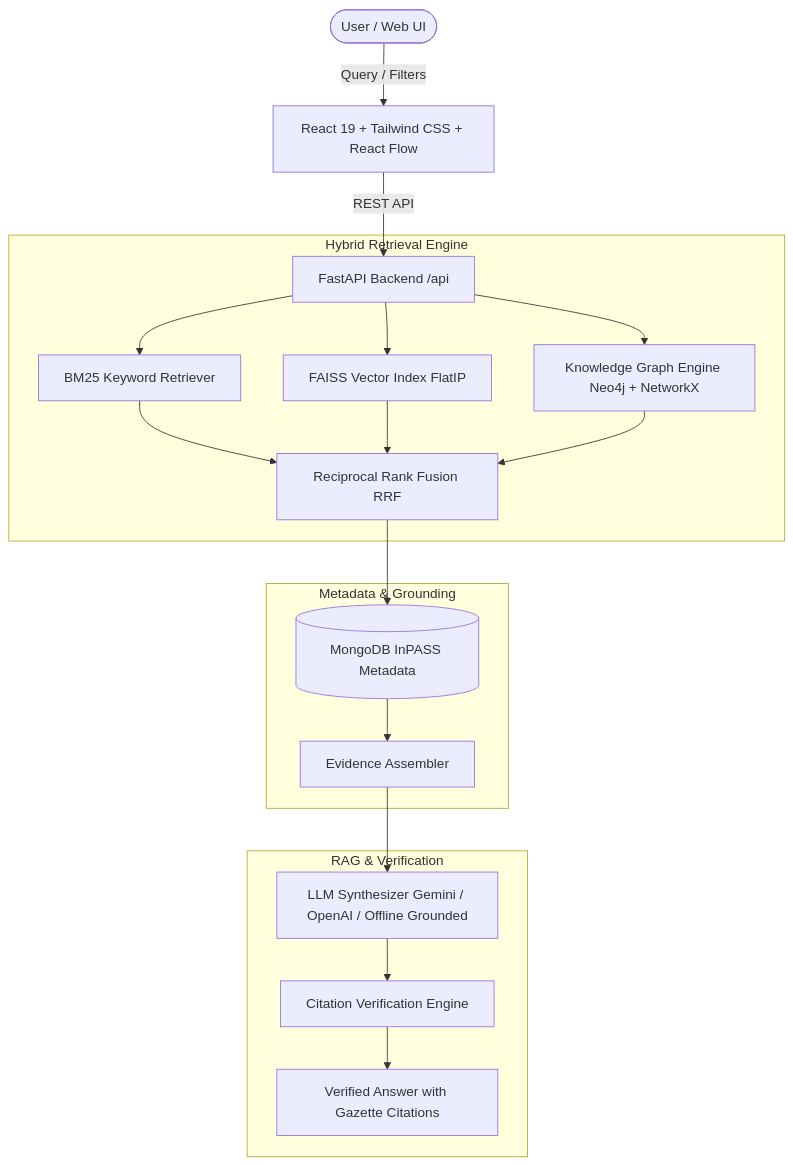
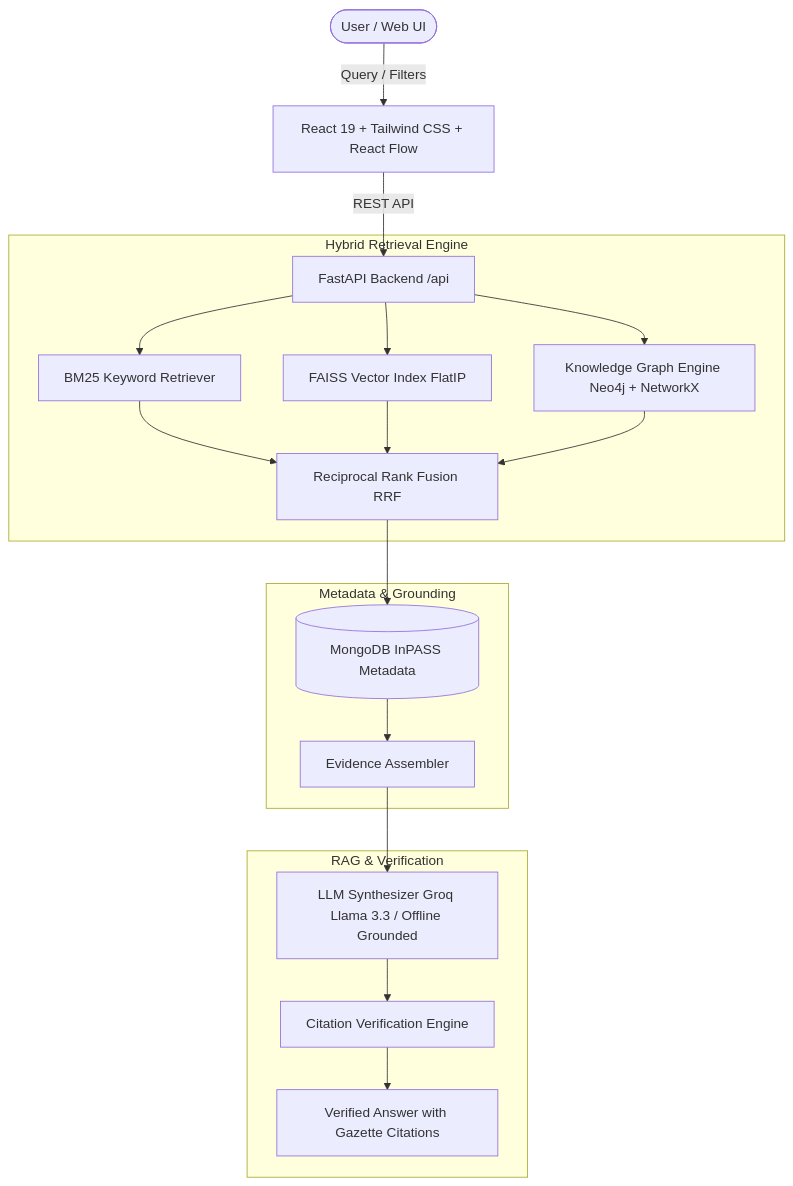
The diagram in README.md (GOWSHIKA21/miniproject), drawn with Mermaid before and after one commit. The commit also changed 35 other files, not shown here.

````diff
--- a/README.md
+++ b/README.md
@@ -9,23 +9,23 @@
 ```mermaid
 flowchart TD
     User([User / Web UI]) -->|Query / Filters| Frontend[React 19 + Tailwind CSS + React Flow]
     Frontend -->|REST API| FastAPI[FastAPI Backend /api]
     
     subgraph Hybrid Retrieval Engine
         FastAPI --> BM25[BM25 Keyword Retriever]
         FastAPI --> FAISS[FAISS Vector Index FlatIP]
         FastAPI --> Graph[Knowledge Graph Engine Neo4j + NetworkX]
         BM25 & FAISS & Graph --> RRF[Reciprocal Rank Fusion RRF]
     end
     
     subgraph Metadata & Grounding
         RRF --> Mongo[(MongoDB InPASS Metadata)]
         Mongo --> Evidence[Evidence Assembler]
     end
     
     subgraph RAG & Verification
-        Evidence --> LLM[LLM Synthesizer Gemini / OpenAI / Offline Grounded]
+        Evidence --> LLM[LLM Synthesizer Groq Llama 3.3 / Offline Grounded]
         LLM --> Verifier[Citation Verification Engine]
         Verifier --> Response[Verified Answer with Gazette Citations]
     end
 ```
````
